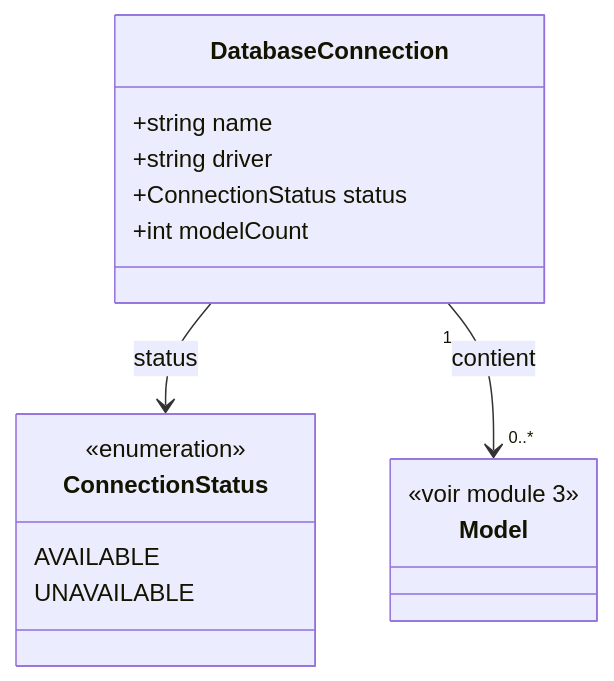
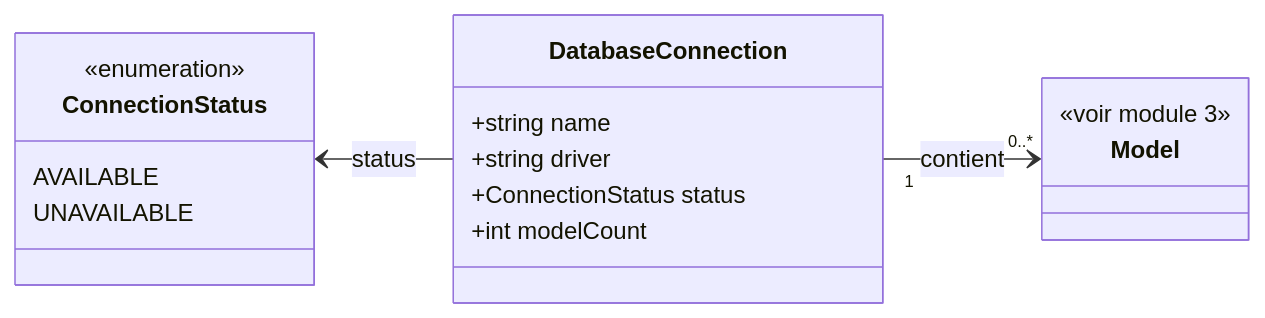
The diagram in docs/sfd/2. Bases de données.md (quatrebarbes/modelbase), drawn with Mermaid before and after one commit. The commit also changed 4 other files, not shown here.

First line of the commit message:
Fonctionnel : ajustement SFD & roadmap

````diff
--- a/docs/sfd/2. Bases de données.md
+++ b/docs/sfd/2. Bases de données.md
@@ -11,22 +11,23 @@
 ```mermaid
 classDiagram
+    direction LR
     class DatabaseConnection {
         +string name
         +string driver
         +ConnectionStatus status
         +int modelCount
     }
 
     class ConnectionStatus {
         <<enumeration>>
         AVAILABLE
         UNAVAILABLE
     }
 
     class Model {
         <<voir module 3>>
     }
 
-    DatabaseConnection --> ConnectionStatus : status
+    ConnectionStatus <-- DatabaseConnection : status
     DatabaseConnection "1" --> "0..*" Model : contient
 ```
````
